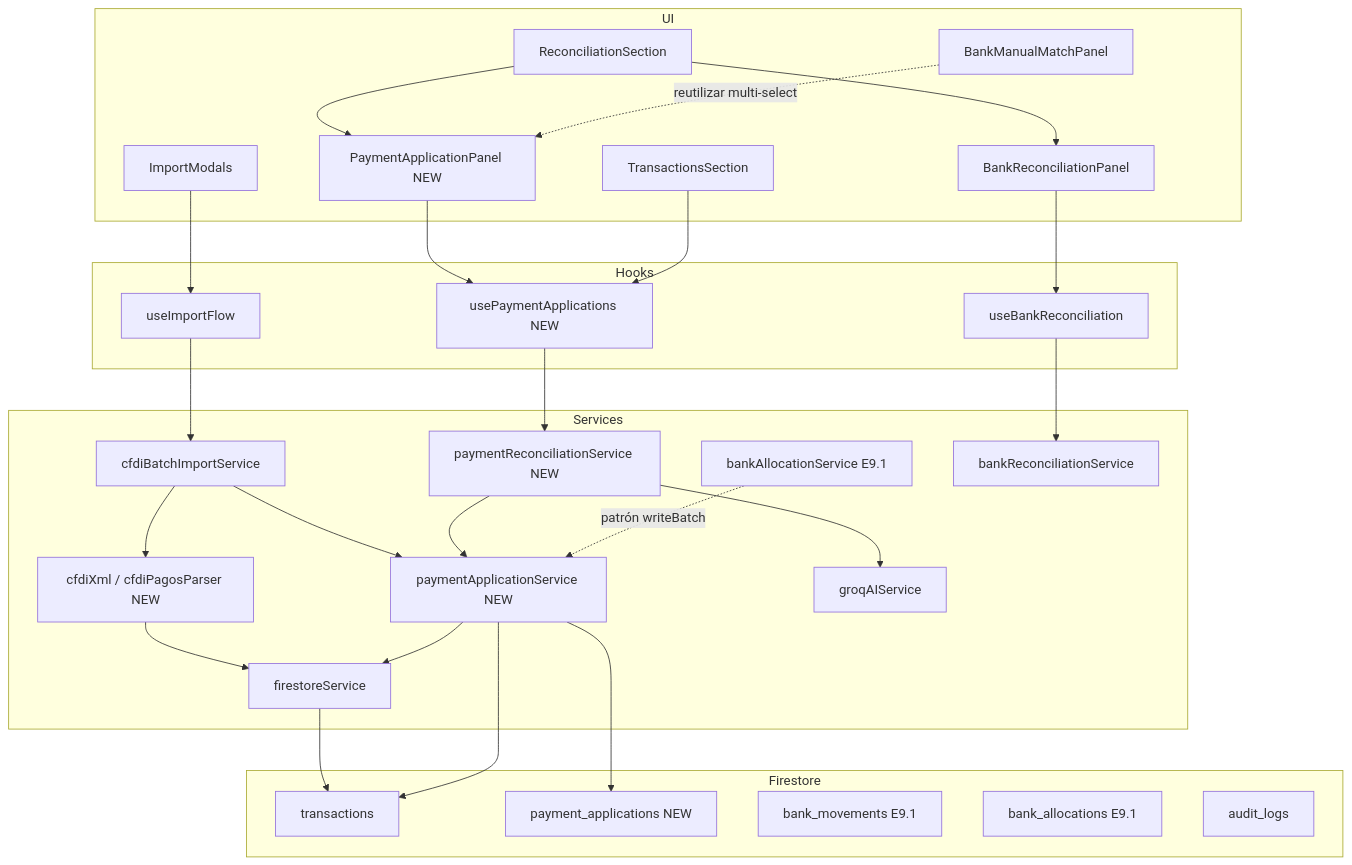
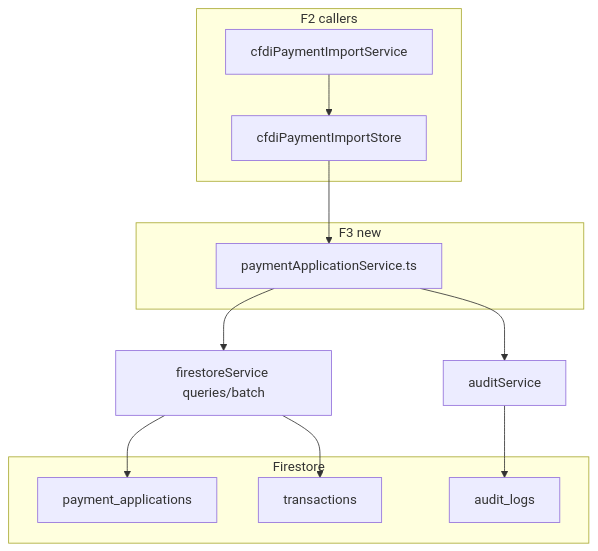
The diagram in implementation_plan.md (halvarez22/ContAI), drawn with Mermaid before and after one commit. The commit also changed other lines of this file and 12 other files, not shown here.

First line of the commit message:
feat(E9.2-F3): implement atomic payment application persistence and strict immutability rules

````diff
--- a/implementation_plan.md
+++ b/implementation_plan.md
@@ -73,48 +57,25 @@
 ```mermaid
 flowchart TB
-  subgraph UI
-    RS[ReconciliationSection]
-    BR[BankReconciliationPanel]
-    BMP[BankManualMatchPanel]
-    TS[TransactionsSection]
-    IM[ImportModals]
-    PAP[PaymentApplicationPanel NEW]
+  subgraph F2 callers
+    CPIS[cfdiPaymentImportService]
+    CPStore[cfdiPaymentImportStore]
   end
 
-  subgraph Hooks
-    UBR[useBankReconciliation]
-    UPA[usePaymentApplications NEW]
-    UIF[useImportFlow]
-  end
-
-  subgraph Services
-    CXML[cfdiXml / cfdiPagosParser NEW]
-    CBIS[cfdiBatchImportService]
-    PAS[paymentApplicationService NEW]
-    PRS[paymentReconciliationService NEW]
-    BAS[bankAllocationService E9.1]
-    BRS[bankReconciliationService]
-    GROQ[groqAIService]
-    FS[firestoreService]
+  subgraph F3 new
+    PAS[paymentApplicationService.ts]
   end
 
   subgraph Firestore
+    PA[payment_applications]
     TX[transactions]
-    PA[payment_applications NEW]
-    BM[bank_movements E9.1]
-    BA[bank_allocations E9.1]
     AL[audit_logs]
   end
 
-  IM --> UIF --> CBIS --> CXML --> FS --> TX
-  CBIS --> PAS
-  RS --> BR --> UBR --> BRS
-  RS --> PAP --> UPA --> PRS --> PAS
-  PAS --> FS
-  PRS --> GROQ
-  PAS --> TX
-  PAS --> PA
-  BAS -.->|patrón writeBatch| PAS
-  BMP -.->|reutilizar multi-select| PAP
-  TS --> UPA
+  CPIS --> CPStore
+  CPStore --> PAS
+  PAS --> FS[firestoreService queries/batch]
+  FS --> PA
+  FS --> TX
+  PAS --> AUD[auditService]
+  AUD --> AL
 ```
````
